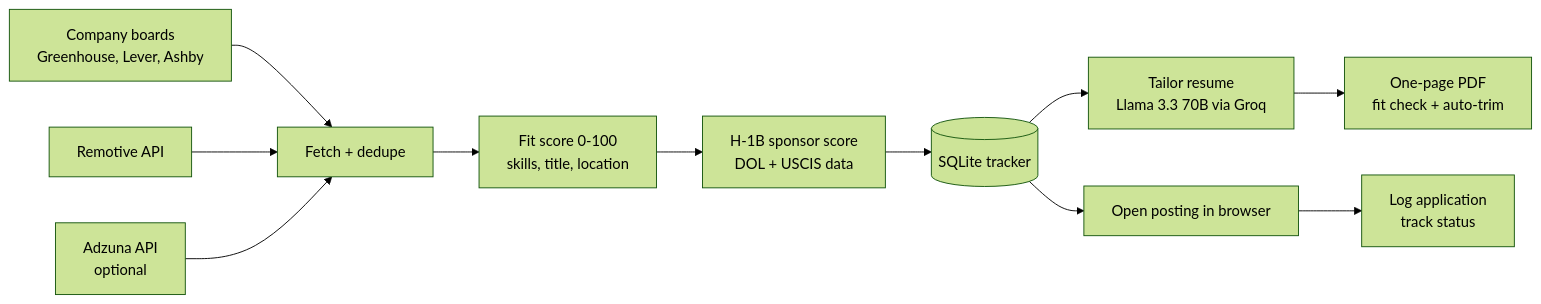
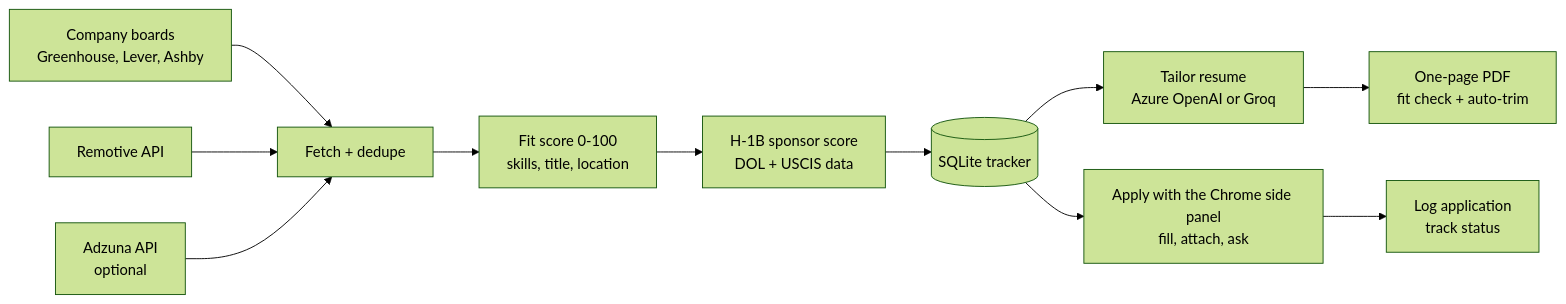
The diagram in README.md (srikanthmannepalli0502-cmyk/job-hunter-auto), drawn with Mermaid (forest theme) before and after one commit. The commit also changed other lines of this file and 14 other files, not shown here.

First line of the commit message:
Add a Chrome side panel that fills applications and answers questions

````diff
--- a/README.md
+++ b/README.md
@@ -14,13 +14,13 @@
 ```mermaid
 flowchart LR
     B[Company boards<br/>Greenhouse, Lever, Ashby] --> F[Fetch + dedupe]
     R[Remotive API] --> F
     A[Adzuna API<br/>optional] --> F
     F --> S[Fit score 0-100<br/>skills, title, location]
     S --> H[H-1B sponsor score<br/>DOL + USCIS data]
     H --> DB[(SQLite tracker)]
-    DB --> T[Tailor resume<br/>Llama 3.3 70B via Groq]
+    DB --> T[Tailor resume<br/>Azure OpenAI or Groq]
     T --> P[One-page PDF<br/>fit check + auto-trim]
-    DB --> O[Open posting in browser]
+    DB --> O[Apply with the Chrome side panel<br/>fill, attach, ask]
     O --> L[Log application<br/>track status]
 ```
````
